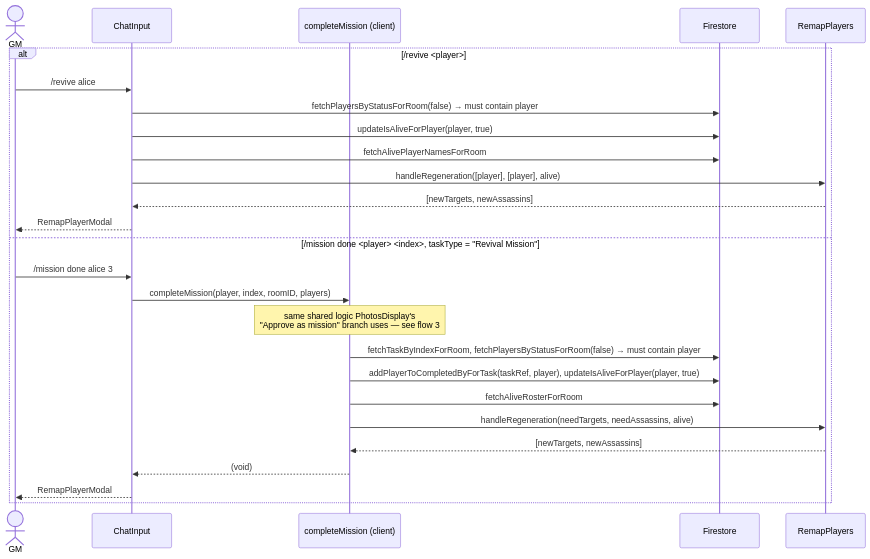
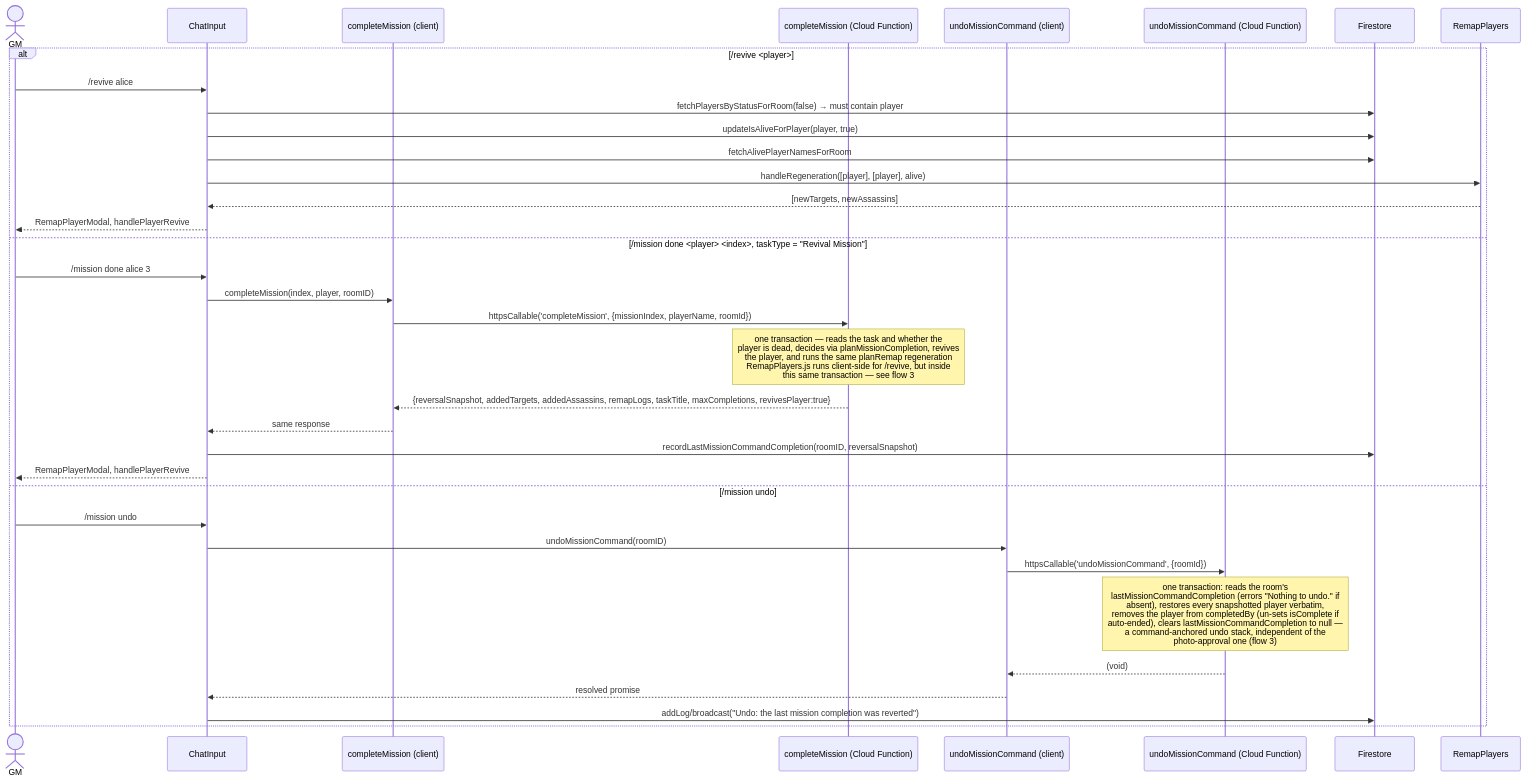
Before and after one commit to allenthebosscoder/mall-mystery-heroes: the fourth of 4 diagrams in docs/game-flows.md, drawn with Mermaid. The commit also changed other lines of this file and 15 other files, not shown here.

First line of the commit message:
Fix final whole-branch review findings for mission-undo

````diff
--- a/docs/game-flows.md
+++ b/docs/game-flows.md
@@ -280,29 +307,38 @@
 ```mermaid
 sequenceDiagram
     actor GM
     participant CI as ChatInput
     participant CM as completeMission (client)
+    participant CMF as completeMission (Cloud Function)
+    participant UMC as undoMissionCommand (client)
+    participant UMCCF as undoMissionCommand (Cloud Function)
     participant FS as Firestore
     participant RP as RemapPlayers
 
     alt /revive <player>
         GM->>CI: /revive alice
         CI->>FS: fetchPlayersByStatusForRoom(false) → must contain player
         CI->>FS: updateIsAliveForPlayer(player, true)
         CI->>FS: fetchAlivePlayerNamesForRoom
         CI->>RP: handleRegeneration([player], [player], alive)
         RP-->>CI: [newTargets, newAssassins]
-        CI-->>GM: RemapPlayerModal
+        CI-->>GM: RemapPlayerModal, handlePlayerRevive
     else /mission done <player> <index>, taskType = "Revival Mission"
         GM->>CI: /mission done alice 3
-        CI->>CM: completeMission(player, index, roomID, players)
-        Note over CM: same shared logic PhotosDisplay's<br/>"Approve as mission" branch uses — see flow 3
-        CM->>FS: fetchTaskByIndexForRoom, fetchPlayersByStatusForRoom(false) → must contain player
-        CM->>FS: addPlayerToCompletedByForTask(taskRef, player), updateIsAliveForPlayer(player, true)
-        CM->>FS: fetchAliveRosterForRoom
-        CM->>RP: handleRegeneration(needTargets, needAssassins, alive)
-        RP-->>CM: [newTargets, newAssassins]
-        CM-->>CI: (void)
-        CI-->>GM: RemapPlayerModal
+        CI->>CM: completeMission(index, player, roomID)
+        CM->>CMF: httpsCallable('completeMission', {missionIndex, playerName, roomId})
+        Note over CMF: one transaction — reads the task and whether the<br/>player is dead, decides via planMissionCompletion, revives<br/>the player, and runs the same planRemap regeneration<br/>RemapPlayers.js runs client-side for /revive, but inside<br/>this same transaction — see flow 3
+        CMF-->>CM: {reversalSnapshot, addedTargets, addedAssassins, remapLogs, taskTitle, maxCompletions, revivesPlayer:true}
+        CM-->>CI: same response
+        CI->>FS: recordLastMissionCommandCompletion(roomID, reversalSnapshot)
+        CI-->>GM: RemapPlayerModal, handlePlayerRevive
+    else /mission undo
+        GM->>CI: /mission undo
+        CI->>UMC: undoMissionCommand(roomID)
+        UMC->>UMCCF: httpsCallable('undoMissionCommand', {roomId})
+        Note over UMCCF: one transaction: reads the room's<br/>lastMissionCommandCompletion (errors "Nothing to undo." if<br/>absent), restores every snapshotted player verbatim,<br/>removes the player from completedBy (un-sets isComplete if<br/>auto-ended), clears lastMissionCommandCompletion to null —<br/>a command-anchored undo stack, independent of the<br/>photo-approval one (flow 3)
+        UMCCF-->>UMC: (void)
+        UMC-->>CI: resolved promise
+        CI->>FS: addLog/broadcast("Undo: the last mission completion was reverted")
     end
 ```
````
